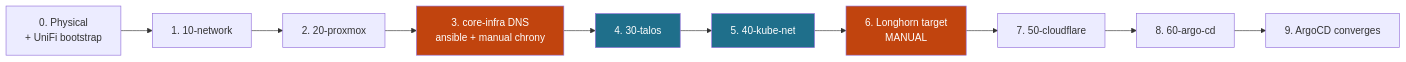
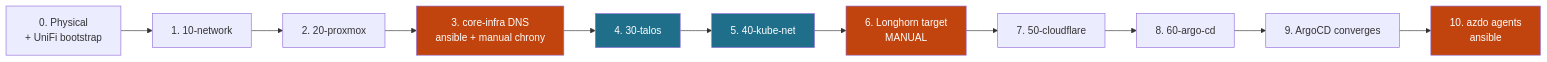
The second of 2 diagrams in documentation/infrastructure/disaster_recovery.md (RYFOJE/Home_Lab), drawn with Mermaid before and after one commit. The commit also changed other lines of this file and 48 other files, not shown here.

````diff
--- a/documentation/infrastructure/disaster_recovery.md
+++ b/documentation/infrastructure/disaster_recovery.md
@@ -135,17 +136,19 @@
 ```mermaid
 flowchart LR
     P[0. Physical<br/>+ UniFi bootstrap] --> N[1. 10-network]
     N --> X[2. 20-proxmox]
     X --> M[3. core-infra DNS<br/>ansible + manual chrony]
     M --> T[4. 30-talos]
     T --> K[5. 40-kube-net]
     K --> L[6. Longhorn target<br/>MANUAL]
     L --> C[7. 50-cloudflare]
     C --> A[8. 60-argo-cd]
     A --> G[9. ArgoCD converges]
+    G --> Z[10. azdo agents<br/>ansible]
 
     style M fill:#c1440e,color:#fff
     style L fill:#c1440e,color:#fff
+    style Z fill:#c1440e,color:#fff
     style T fill:#1f6f8b,color:#fff
     style K fill:#1f6f8b,color:#fff
 ```
````
